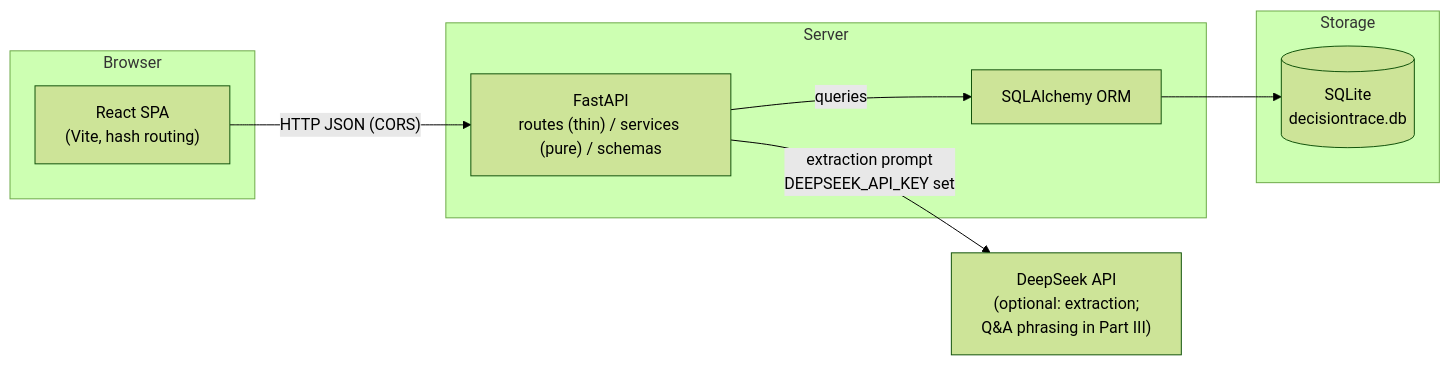
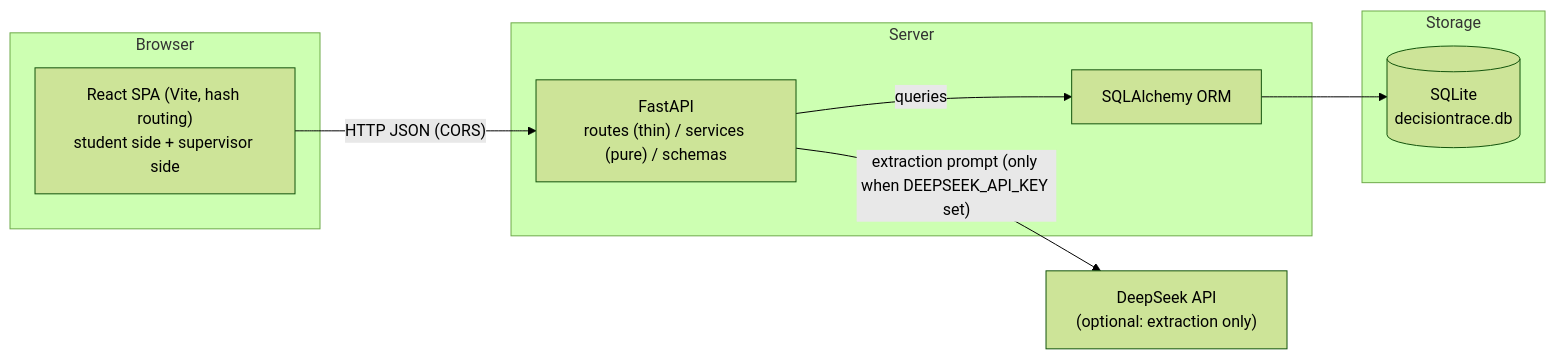
Before and after one commit to wyz-water/DecisionTrace: the diagram in docs/design/architecture.md, drawn with Mermaid (forest theme). The commit also changed other lines of this file and 15 other files, not shown here.

````diff
--- a/docs/design/architecture.md
+++ b/docs/design/architecture.md
@@ -22,18 +16,18 @@
 ```mermaid
 graph LR
     subgraph Browser
-        REACT["React SPA<br/>(Vite, hash routing)"]
+        REACT["React SPA (Vite, hash routing)<br/>student side + supervisor side"]
     end
     subgraph Server
         FAST["FastAPI<br/>routes (thin) / services (pure) / schemas"]
         ORM["SQLAlchemy ORM"]
     end
     subgraph Storage
         DB[("SQLite<br/>decisiontrace.db")]
     end
-    LLM["DeepSeek API<br/>(optional: extraction;<br/>Q&A phrasing in Part III)"]
+    LLM["DeepSeek API<br/>(optional: extraction only)"]
 
     REACT -- "HTTP JSON (CORS)" --> FAST
     FAST -- "queries" --> ORM --> DB
-    FAST -- "extraction prompt<br/>DEEPSEEK_API_KEY set" --> LLM
+    FAST -- "extraction prompt (only when DEEPSEEK_API_KEY set)" --> LLM
 ```
````
